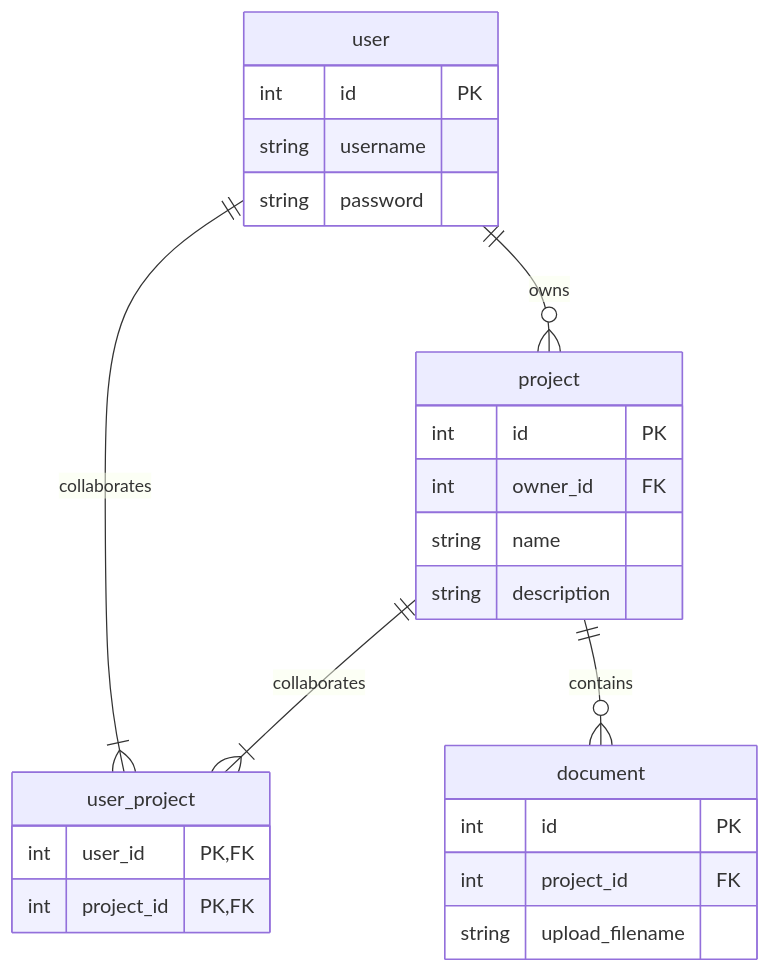
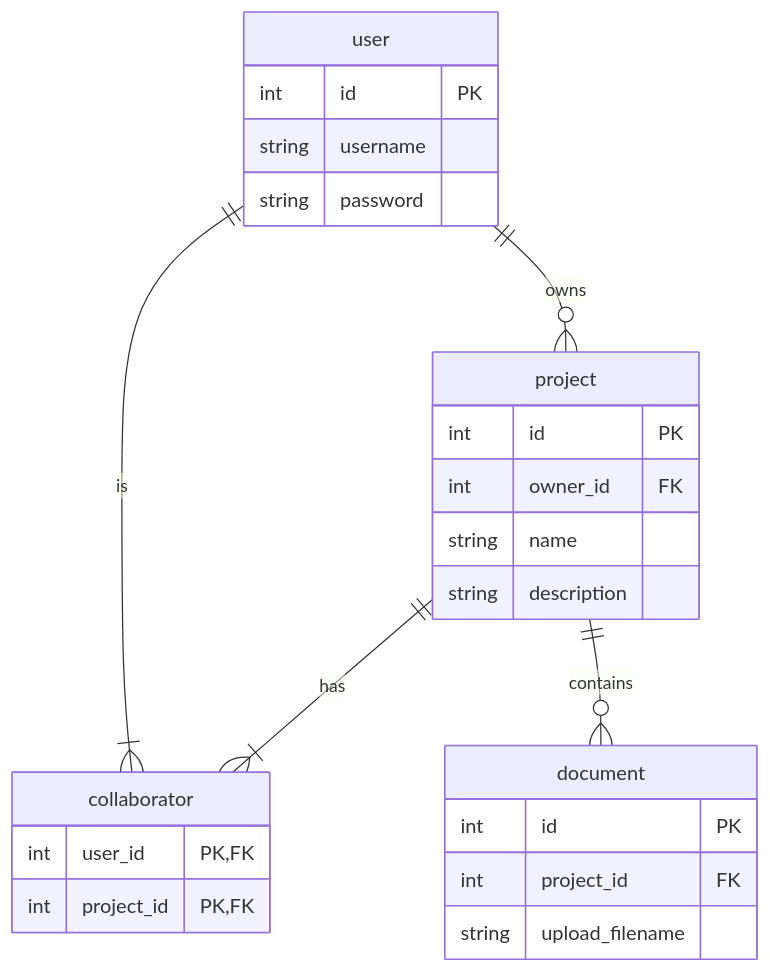
One commit to mmjakub/fastapi-proj-board changed the diagram in docs/db.md. Above: the diagram before and after it, drawn with Mermaid.

Commit message:
rename associative table for user-project relationship

````diff
--- a/docs/db.md
+++ b/docs/db.md
@@ -1,28 +1,28 @@
 ```mermaid
 erDiagram
   user ||--o{ project: owns
-  user ||--|{ user_project: collaborates
+  user ||--|{ collaborator: is
   user {
     int id PK
     string username
     string password
   }
-  project ||--|{ user_project: collaborates
+  project ||--|{ collaborator: has
   project {
     int id PK
     int owner_id FK
     string name
     string description
   }
-  user_project{
+  collaborator {
     int user_id PK, FK
     int project_id PK, FK
   }
   project ||--o{ document : contains
   document {
     int id PK
     int project_id FK
     string upload_filename
   }
   
 ```
````
